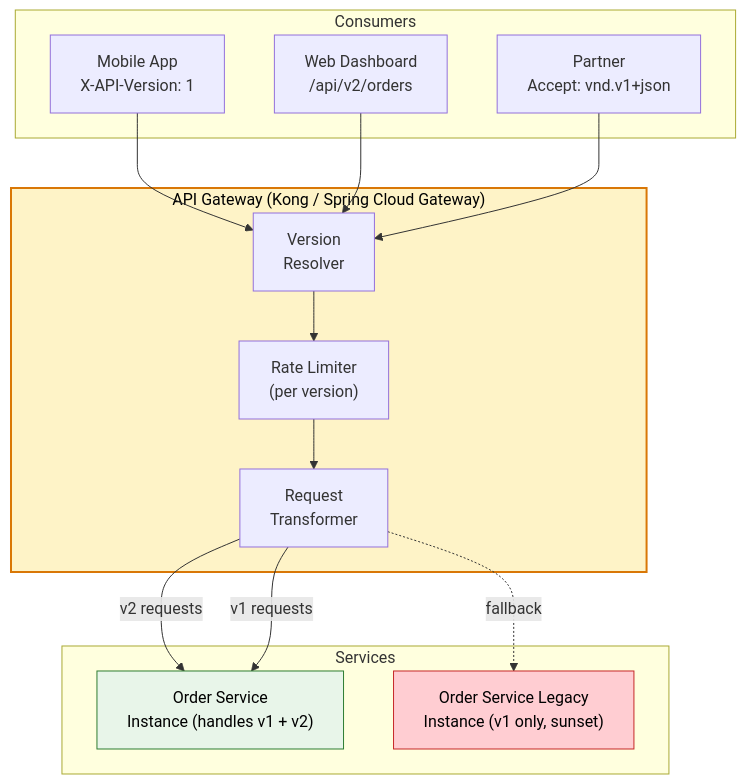
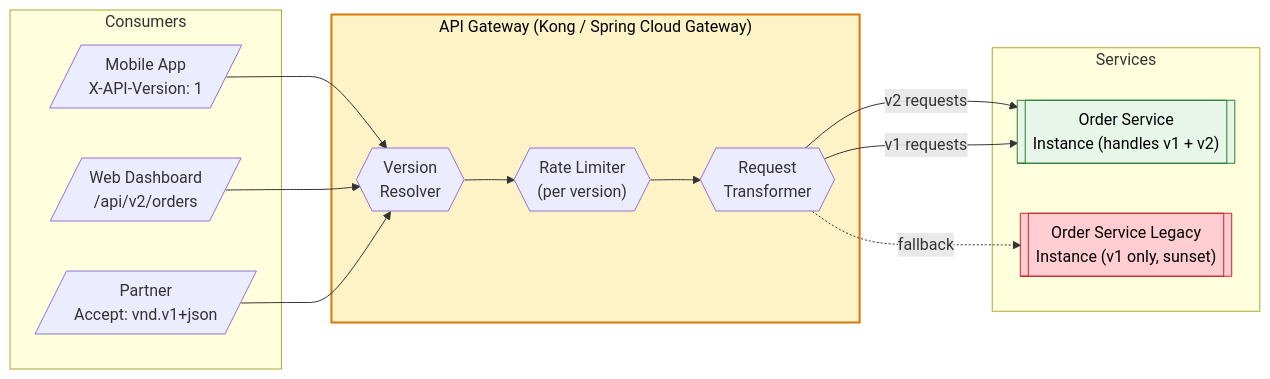
One commit to saivamsikaruturi/vamsilabs-dev-notes-main changed the third of 6 diagrams in docs/microservices/api-versioning.md. Above: the diagram before and after it, drawn with Mermaid. The commit also changed other lines of this file and 146 other files, not shown here.

Commit message:
Horizontal diagrams, UML class diagrams, typography overhaul, and permalink cleanup

````diff
--- a/docs/microservices/api-versioning.md
+++ b/docs/microservices/api-versioning.md
@@ -466,31 +466,31 @@
 ```mermaid
-flowchart TD
+flowchart LR
     subgraph Consumers
-        C1["Mobile App<br/>X-API-Version: 1"]
-        C2["Web Dashboard<br/>/api/v2/orders"]
-        C3["Partner<br/>Accept: vnd.v1+json"]
+        C1[/"Mobile App<br/>X-API-Version: 1"/]
+        C2[/"Web Dashboard<br/>/api/v2/orders"/]
+        C3[/"Partner<br/>Accept: vnd.v1+json"/]
     end
 
     subgraph GW["API Gateway (Kong / Spring Cloud Gateway)"]
-        VR["Version<br/>Resolver"]
-        RL["Rate Limiter<br/>(per version)"]
-        TR["Request<br/>Transformer"]
+        VR{{"Version<br/>Resolver"}}
+        RL{{"Rate Limiter<br/>(per version)"}}
+        TR{{"Request<br/>Transformer"}}
     end
 
     subgraph Services
-        OS1["Order Service<br/>Instance (handles v1 + v2)"]
-        OS2["Order Service Legacy<br/>Instance (v1 only, sunset)"]
+        OS1[["Order Service<br/>Instance (handles v1 + v2)"]]
+        OS2[["Order Service Legacy<br/>Instance (v1 only, sunset)"]]
     end
 
     C1 --> VR
     C2 --> VR
     C3 --> VR
     VR --> RL --> TR
     TR -->|"v2 requests"| OS1
     TR -->|"v1 requests"| OS1
     TR -.->|"fallback"| OS2
 
     style GW fill:#FEF3C7,stroke:#D97706,stroke-width:2px,color:#000
     style OS1 fill:#E8F5E9,stroke:#2E7D32,color:#000
     style OS2 fill:#FFCDD2,stroke:#C62828,color:#000
 ```
````
